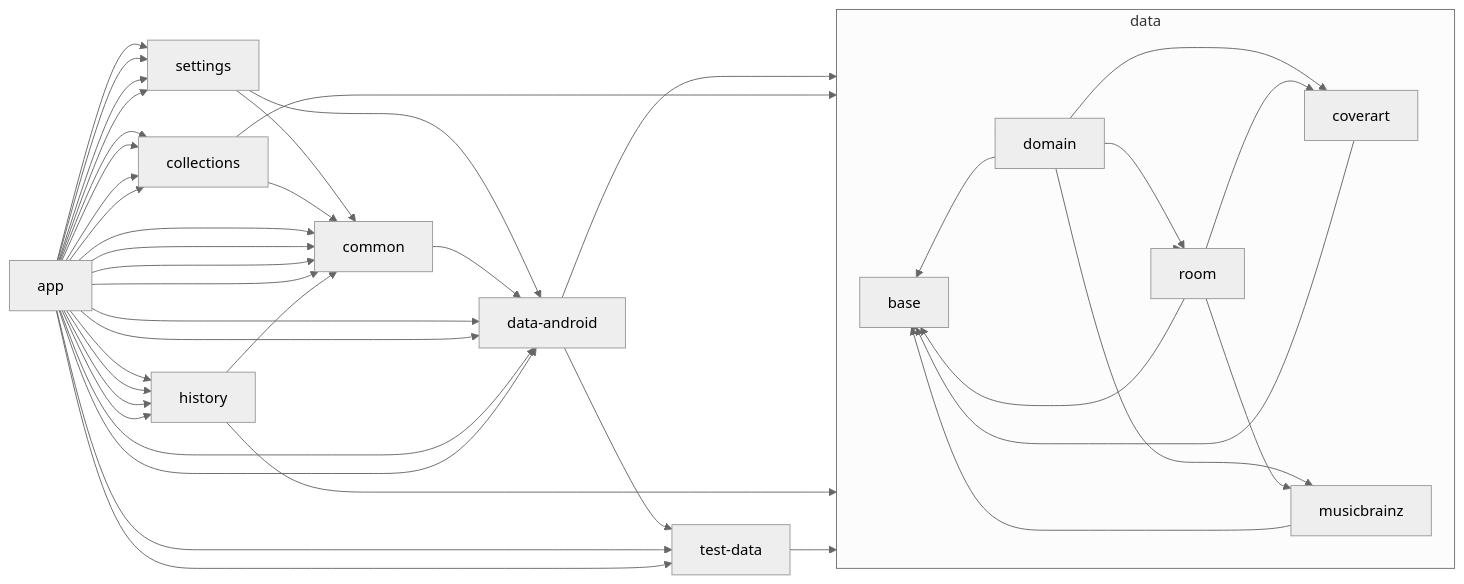
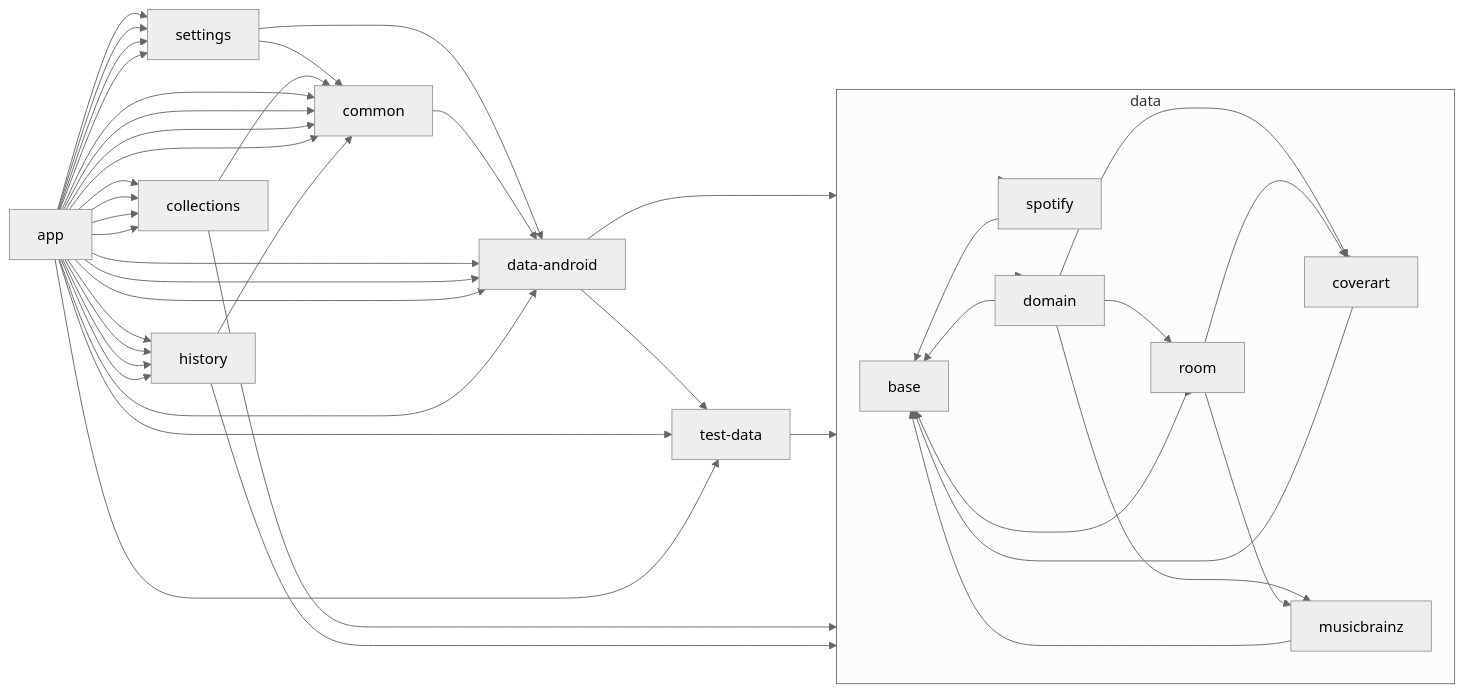
One commit to lydavid/MusicSearch changed the diagram in README.md. Above: the diagram before and after it, drawn with Mermaid.

Commit message:
chore: update module graph [skip ci]

````diff
--- a/README.md
+++ b/README.md
@@ -43,65 +43,68 @@
 ```mermaid
 %%{
   init: {
     'theme': 'neutral'
   }
 }%%
 
 graph LR
 
   subgraph data
     base
     coverart
     domain
     musicbrainz
     room
+    spotify
   end
 
   domain --> base
   domain --> coverart
   domain --> musicbrainz
   domain --> room
   room --> base
   room --> coverart
   room --> musicbrainz
-  musicbrainz --> base
   data --> base
   data --> coverart
   data --> domain
   data --> room
+  data --> spotify
   data --> musicbrainz
   settings --> data-android
   settings --> common
   data-android --> data
   data-android --> test-data
+  test-data --> data
+  musicbrainz --> base
+  spotify --> base
   collections --> data
   collections --> common
   common --> data-android
   app --> test-data
   app --> data-android
   app --> common
   app --> collections
   app --> history
   app --> settings
   app --> data-android
   app --> common
   app --> collections
   app --> history
   app --> settings
   app --> data-android
   app --> common
   app --> collections
   app --> history
   app --> settings
   app --> data-android
   app --> common
   app --> collections
   app --> history
   app --> settings
   app --> test-data
   coverart --> base
   history --> data
   history --> common
-  test-data --> data
 
 ```
````
